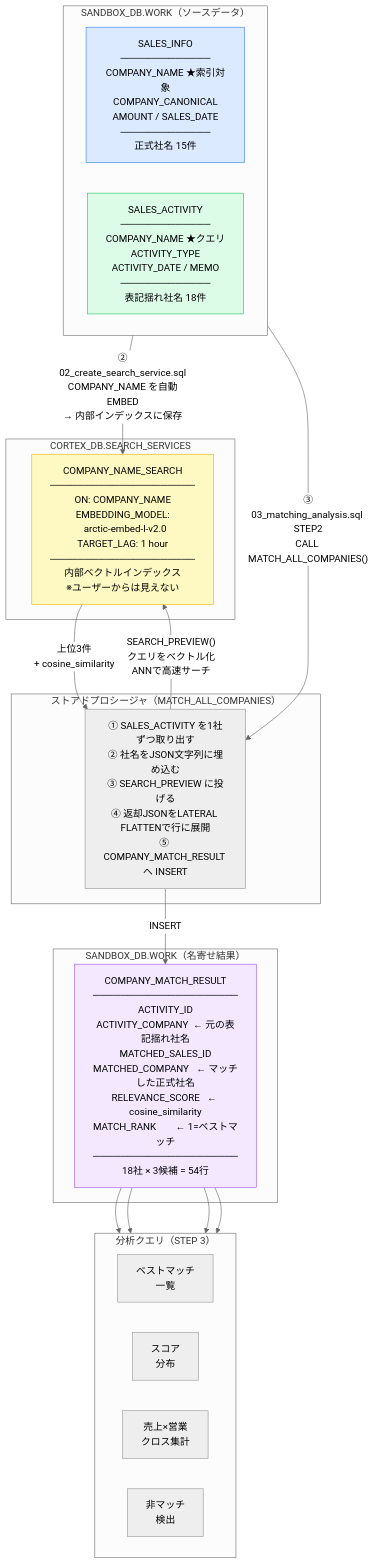
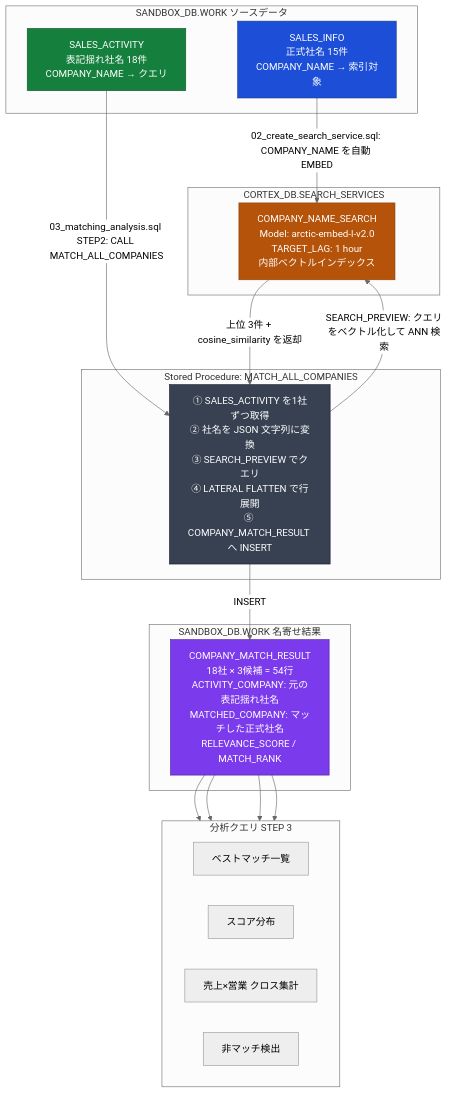
The diagram in docs/company_matching_design.md (alfortx/Snowflake_Sandbox), drawn with Mermaid (neutral theme) before and after one commit.

Commit message:
fix(docs): Mermaid図の視認性改善（濃色背景・エッジラベル整理）

````diff
--- a/docs/company_matching_design.md
+++ b/docs/company_matching_design.md
@@ -9,43 +9,43 @@
 ```mermaid
 flowchart TD
-    subgraph SRC["SANDBOX_DB.WORK（ソースデータ）"]
-        direction LR
-        SI["SALES_INFO\n─────────────\nCOMPANY_NAME ★索引対象\nCOMPANY_CANONICAL\nAMOUNT / SALES_DATE\n─────────────\n正式社名 15件"]
-        SA["SALES_ACTIVITY\n─────────────\nCOMPANY_NAME ★クエリ\nACTIVITY_TYPE\nACTIVITY_DATE / MEMO\n─────────────\n表記揺れ社名 18件"]
+    subgraph SRC["SANDBOX_DB.WORK  ソースデータ"]
+        SI["SALES_INFO\n正式社名 15件\nCOMPANY_NAME → 索引対象"]
+        SA["SALES_ACTIVITY\n表記揺れ社名 18件\nCOMPANY_NAME → クエリ"]
     end
 
     subgraph CSS_BOX["CORTEX_DB.SEARCH_SERVICES"]
-        CSS["COMPANY_NAME_SEARCH\n─────────────────────\nON: COMPANY_NAME\nEMBEDDING_MODEL:\n  arctic-embed-l-v2.0\nTARGET_LAG: 1 hour\n─────────────────────\n内部ベクトルインデックス\n※ユーザーからは見えない"]
+        CSS["COMPANY_NAME_SEARCH\nModel: arctic-embed-l-v2.0\nTARGET_LAG: 1 hour\n内部ベクトルインデックス"]
     end
 
-    subgraph PROC_BOX["ストアドプロシージャ（MATCH_ALL_COMPANIES）"]
-        PROC["① SALES_ACTIVITY を1社ずつ取り出す\n② 社名をJSON文字列に埋め込む\n③ SEARCH_PREVIEW に投げる\n④ 返却JSONをLATERAL FLATTENで行に展開\n⑤ COMPANY_MATCH_RESULT へ INSERT"]
+    subgraph PROC_BOX["Stored Procedure: MATCH_ALL_COMPANIES"]
+        PROC["① SALES_ACTIVITY を1社ずつ取得\n② 社名を JSON 文字列に変換\n③ SEARCH_PREVIEW でクエリ\n④ LATERAL FLATTEN で行展開\n⑤ COMPANY_MATCH_RESULT へ INSERT"]
     end
 
-    subgraph RESULT_BOX["SANDBOX_DB.WORK（名寄せ結果）"]
-        MR["COMPANY_MATCH_RESULT\n─────────────────────\nACTIVITY_ID\nACTIVITY_COMPANY  ← 元の表記揺れ社名\nMATCHED_SALES_ID\nMATCHED_COMPANY   ← マッチした正式社名\nRELEVANCE_SCORE   ← cosine_similarity\nMATCH_RANK        ← 1=ベストマッチ\n─────────────────────\n18社 × 3候補 = 54行"]
+    subgraph RESULT_BOX["SANDBOX_DB.WORK  名寄せ結果"]
+        MR["COMPANY_MATCH_RESULT\n18社 × 3候補 = 54行\nACTIVITY_COMPANY: 元の表記揺れ社名\nMATCHED_COMPANY: マッチした正式社名\nRELEVANCE_SCORE / MATCH_RANK"]
     end
 
-    subgraph ANA["分析クエリ（STEP 3）"]
+    subgraph ANA["分析クエリ STEP 3"]
         direction LR
-        A1["ベストマッチ\n一覧"]
-        A2["スコア\n分布"]
-        A3["売上×営業\nクロス集計"]
-        A4["非マッチ\n検出"]
+        A1["ベストマッチ一覧"]
+        A2["スコア分布"]
+        A3["売上×営業 クロス集計"]
+        A4["非マッチ検出"]
     end
 
-    SI -- "②\n02_create_search_service.sql\nCOMPANY_NAME を自動EMBED\n→ 内部インデックスに保存" --> CSS
-    SA -- "③\n03_matching_analysis.sql STEP2\nCALL MATCH_ALL_COMPANIES()" --> PROC
-    PROC -- "SEARCH_PREVIEW()\nクエリをベクトル化\nANNで高速サーチ" --> CSS
-    CSS -- "上位3件\n+ cosine_similarity" --> PROC
+    SI -- "02_create_search_service.sql: COMPANY_NAME を自動 EMBED" --> CSS
+    SA -- "03_matching_analysis.sql STEP2: CALL MATCH_ALL_COMPANIES" --> PROC
+    PROC -- "SEARCH_PREVIEW: クエリをベクトル化して ANN 検索" --> CSS
+    CSS -- "上位 3件 + cosine_similarity を返却" --> PROC
     PROC -- "INSERT" --> MR
     MR --> A1
     MR --> A2
     MR --> A3
     MR --> A4
 
-    style SI fill:#dbeafe,stroke:#3b82f6
-    style SA fill:#dcfce7,stroke:#22c55e
-    style CSS fill:#fef9c3,stroke:#eab308
-    style MR fill:#f3e8ff,stroke:#a855f7
+    style SI fill:#1d4ed8,stroke:#1e3a8a,color:#ffffff
+    style SA fill:#15803d,stroke:#14532d,color:#ffffff
+    style CSS fill:#b45309,stroke:#92400e,color:#ffffff
+    style MR fill:#7c3aed,stroke:#4c1d95,color:#ffffff
+    style PROC fill:#374151,stroke:#111827,color:#ffffff
 ```
````
